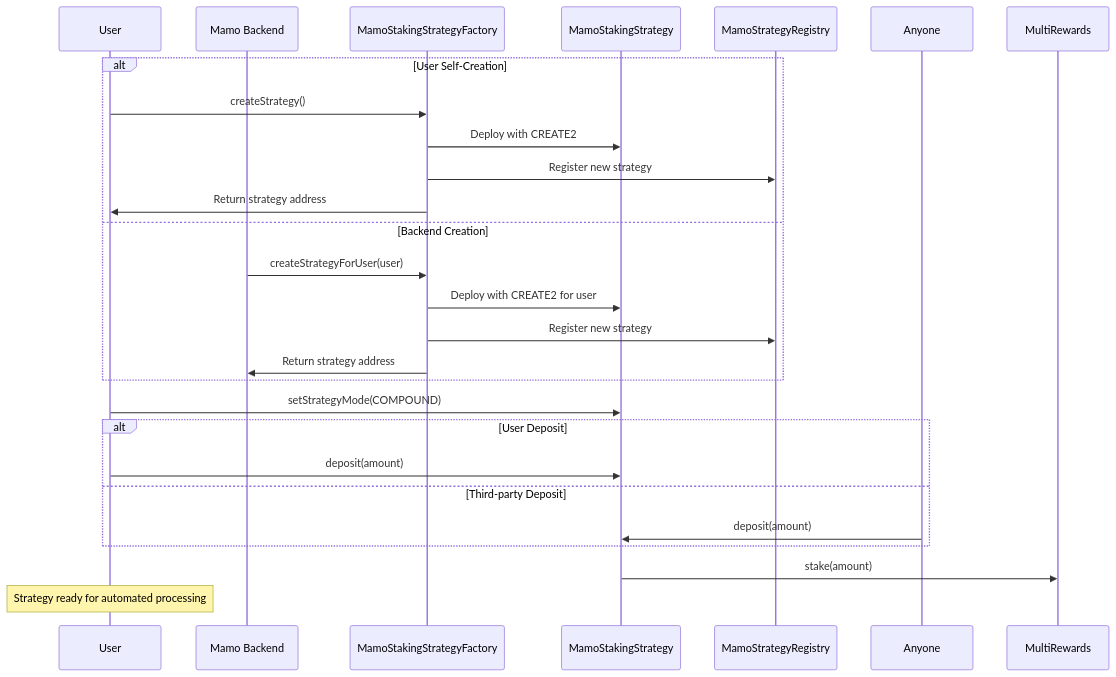
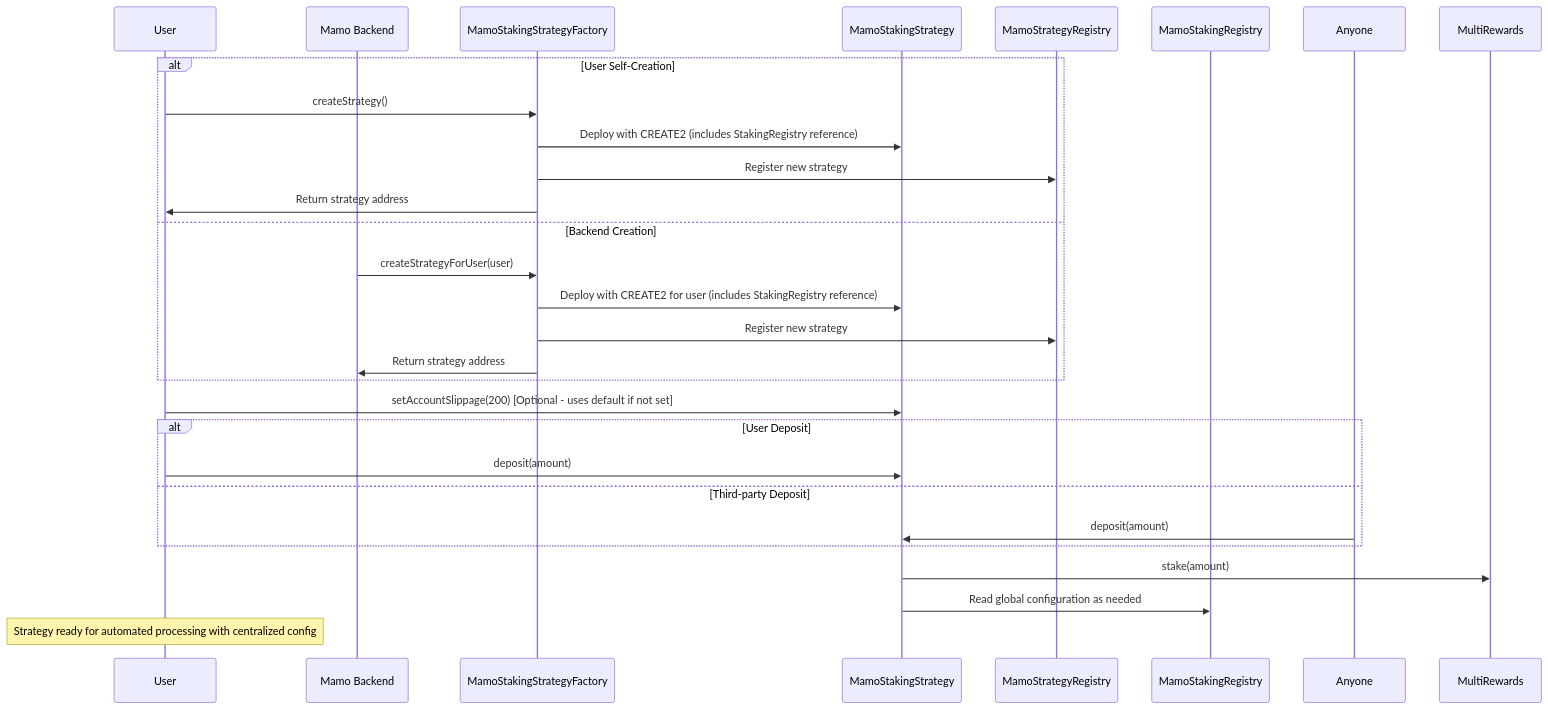
One commit to moonwell-fi/mamo-contracts changed the fourth of 6 diagrams in docs/MAMO_STAKING_ARCHITECTURE.md. Above: the diagram before and after it, drawn with Mermaid. The commit also changed other lines of this file and 2 other files, not shown here.

First line of the commit message:
feat: implement centralized configuration in MamoStakingRegistry and update MamoStakingStrategy

````diff
--- a/docs/MAMO_STAKING_ARCHITECTURE.md
+++ b/docs/MAMO_STAKING_ARCHITECTURE.md
@@ -285,34 +385,36 @@
 ```mermaid
 sequenceDiagram
     participant User as User
     participant Backend as Mamo Backend
     participant Factory as MamoStakingStrategyFactory
     participant Strategy as MamoStakingStrategy
     participant Registry as MamoStrategyRegistry
+    participant StakingRegistry as MamoStakingRegistry
     participant Anyone as Anyone
     participant MultiRewards as MultiRewards
 
     alt User Self-Creation
         User->>Factory: createStrategy()
-        Factory->>Strategy: Deploy with CREATE2
+        Factory->>Strategy: Deploy with CREATE2 (includes StakingRegistry reference)
         Factory->>Registry: Register new strategy
         Factory->>User: Return strategy address
     else Backend Creation
         Backend->>Factory: createStrategyForUser(user)
-        Factory->>Strategy: Deploy with CREATE2 for user
+        Factory->>Strategy: Deploy with CREATE2 for user (includes StakingRegistry reference)
         Factory->>Registry: Register new strategy
         Factory->>Backend: Return strategy address
     end
     
-    User->>Strategy: setStrategyMode(COMPOUND)
+    User->>Strategy: setAccountSlippage(200) [Optional - uses default if not set]
     
     alt User Deposit
         User->>Strategy: deposit(amount)
     else Third-party Deposit
         Anyone->>Strategy: deposit(amount)
     end
     
     Strategy->>MultiRewards: stake(amount)
+    Strategy->>StakingRegistry: Read global configuration as needed
     
-    Note over User: Strategy ready for automated processing
+    Note over User: Strategy ready for automated processing with centralized config
 ```
````
